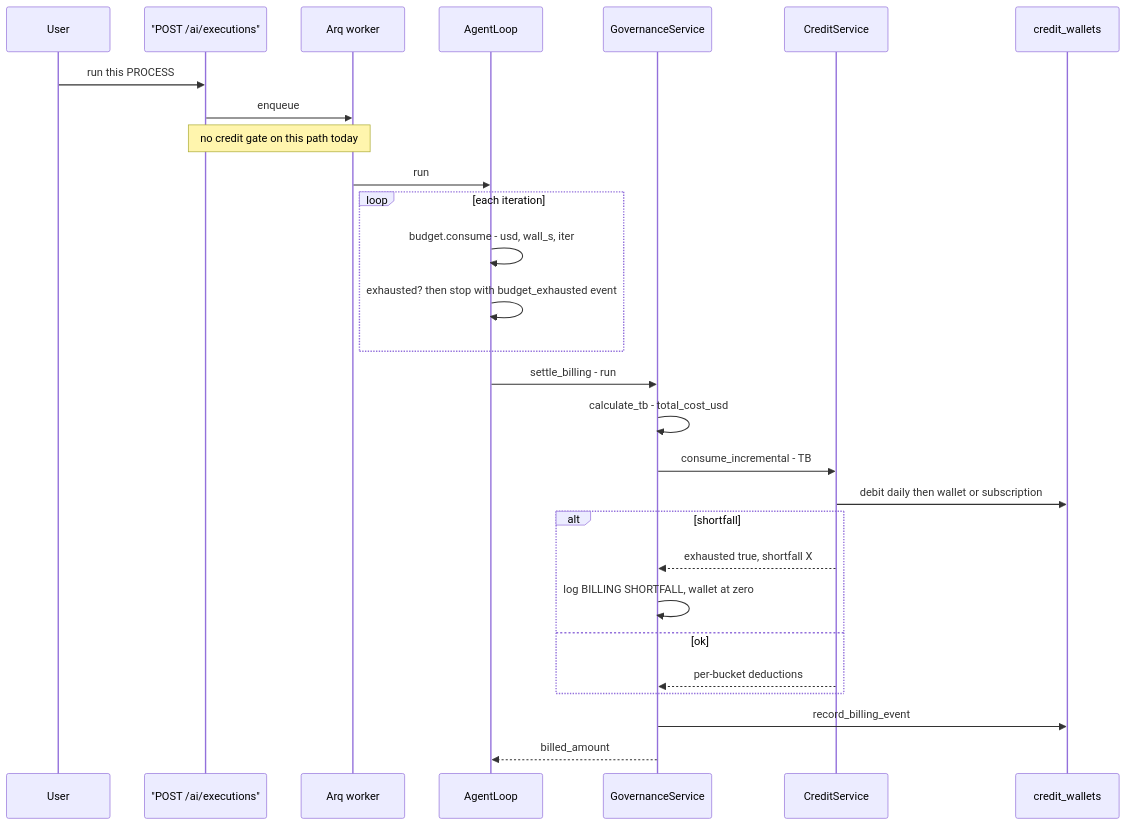
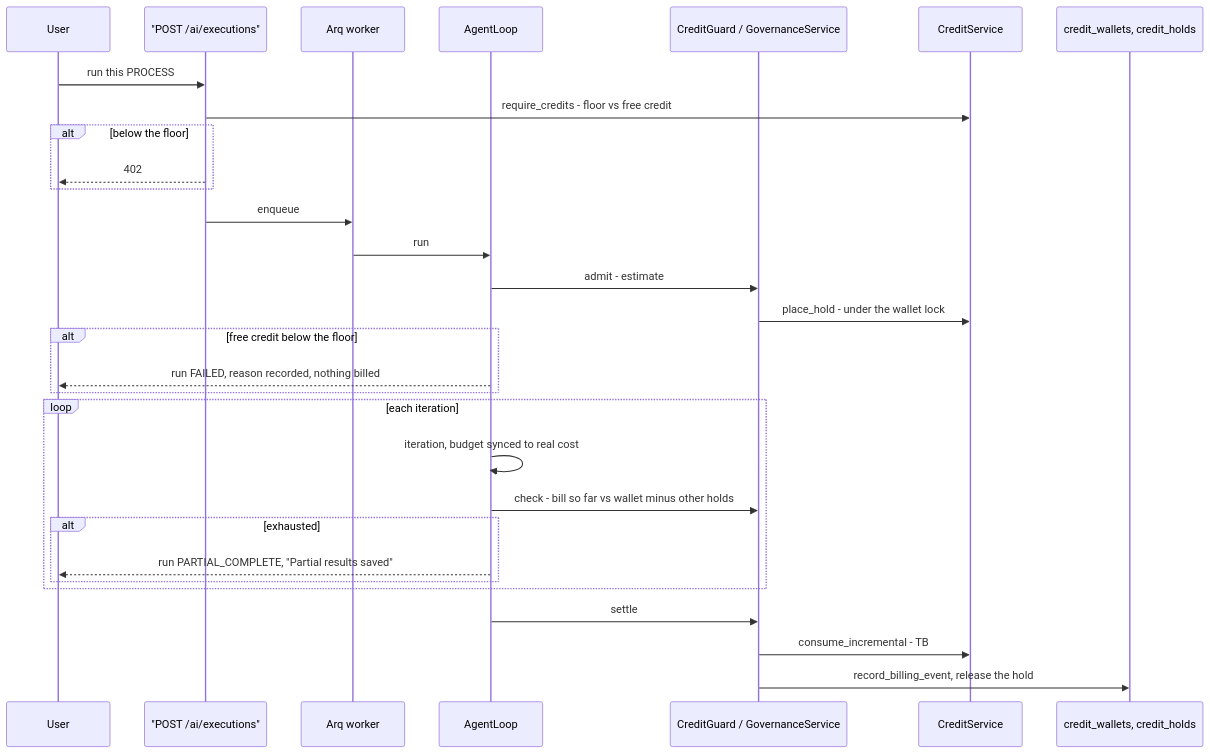
Before and after one commit to gondolerahul/hire-buddha-app: diagram 17 of 25 in docs/current/14-billing-and-credits.md, drawn with Mermaid. The commit also changed other lines of this file and 13 other files, not shown here.

````diff
--- a/docs/current/14-billing-and-credits.md
+++ b/docs/current/14-billing-and-credits.md
@@ -937,31 +967,33 @@
 ```mermaid
 sequenceDiagram
     participant U as User
     participant API as "POST /ai/executions"
     participant W as Arq worker
     participant L as AgentLoop
-    participant G as GovernanceService
+    participant G as CreditGuard / GovernanceService
     participant C as CreditService
-    participant DB as credit_wallets
+    participant DB as credit_wallets, credit_holds
 
     U->>API: run this PROCESS
+    API->>C: require_credits - floor vs free credit
+    alt below the floor
+        API-->>U: 402
+    end
     API->>W: enqueue
-    Note over API,W: no credit gate on this path today
     W->>L: run
+    L->>G: admit - estimate
+    G->>C: place_hold - under the wallet lock
+    alt free credit below the floor
+        L-->>U: run FAILED, reason recorded, nothing billed
+    end
     loop each iteration
-        L->>L: budget.consume - usd, wall_s, iter
-        L->>L: exhausted? then stop with budget_exhausted event
+        L->>L: iteration, budget synced to real cost
+        L->>G: check - bill so far vs wallet minus other holds
+        alt exhausted
+            L-->>U: run PARTIAL_COMPLETE, "Partial results saved"
+        end
     end
-    L->>G: settle_billing - run
-    G->>G: calculate_tb - total_cost_usd
+    L->>G: settle
     G->>C: consume_incremental - TB
-    C->>DB: debit daily then wallet or subscription
-    alt shortfall
-        C-->>G: exhausted true, shortfall X
-        G->>G: log BILLING SHORTFALL, wallet at zero
-    else ok
-        C-->>G: per-bucket deductions
-    end
-    G->>DB: record_billing_event
-    G-->>L: billed_amount
+    G->>DB: record_billing_event, release the hold
 ```
````
